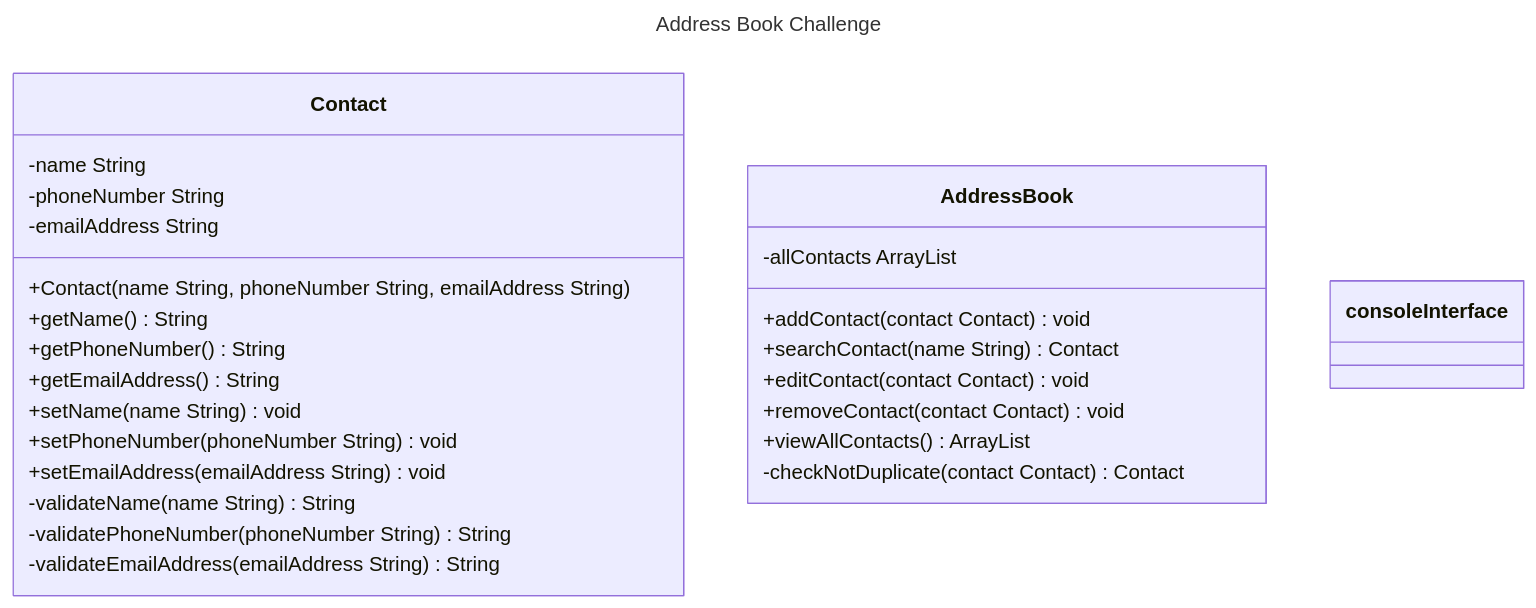
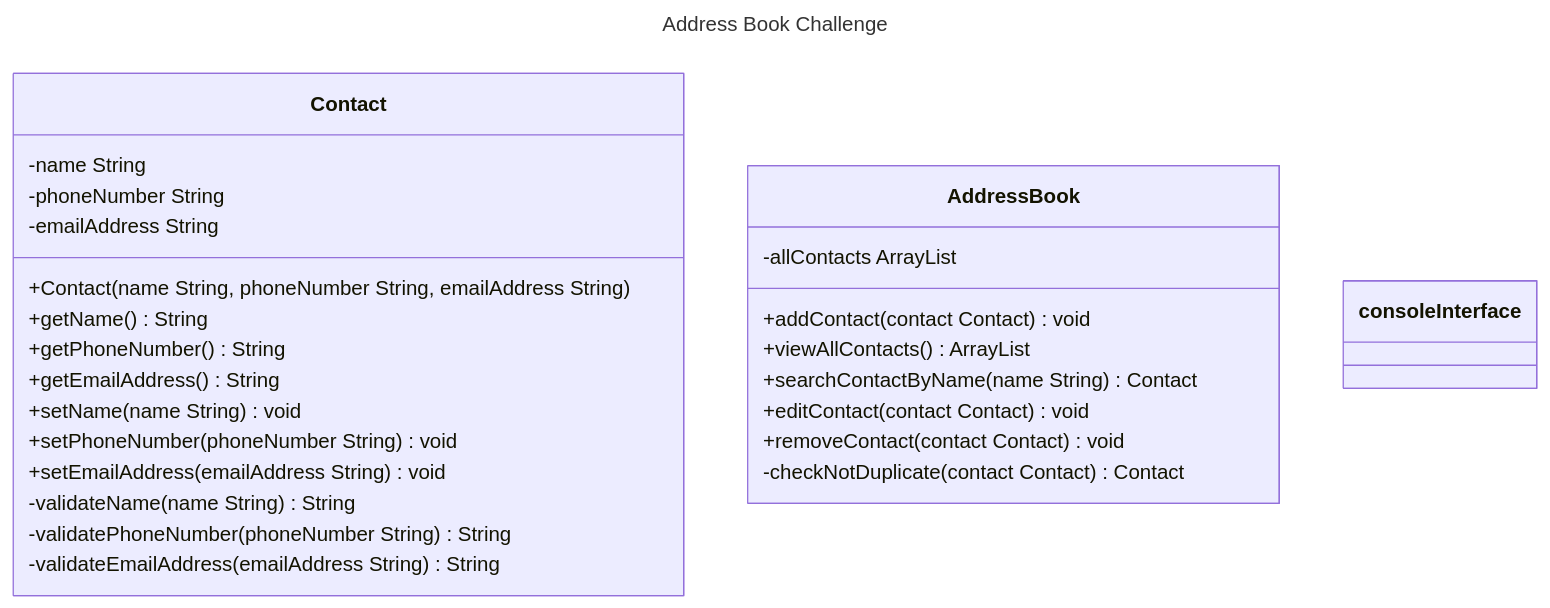
Before and after one commit to kristy-lam/df-challenge-3-address-book: the diagram in docs/class-diagrams-test-plan.md, drawn with Mermaid. The commit also changed other lines of this file and 2 other files, not shown here.

````diff
--- a/docs/class-diagrams-test-plan.md
+++ b/docs/class-diagrams-test-plan.md
@@ -11,35 +11,35 @@
 ```mermaid
 ---
 title: Address Book Challenge
 ---
 classDiagram
     class Contact {
         -name String
         -phoneNumber String
         -emailAddress String
         +Contact(name String, phoneNumber String, emailAddress String)
         +getName() String
         +getPhoneNumber() String
         +getEmailAddress() String
         +setName(name String) void
         +setPhoneNumber(phoneNumber String) void
         +setEmailAddress(emailAddress String) void
         -validateName(name String) String
         -validatePhoneNumber(phoneNumber String) String
         -validateEmailAddress(emailAddress String) String
     }
     class AddressBook {   
         -allContacts ArrayList
         +addContact(contact Contact) void
-        +searchContact(name String) Contact
+        +viewAllContacts() ArrayList
+        +searchContactByName(name String) Contact
         +editContact(contact Contact) void
-        +removeContact(contact Contact) void
-        +viewAllContacts() ArrayList
+        +removeContact(contact Contact) void        
         -checkNotDuplicate(contact Contact) Contact
     }
     class consoleInterface {
         
         
     }
 
 ```
````
